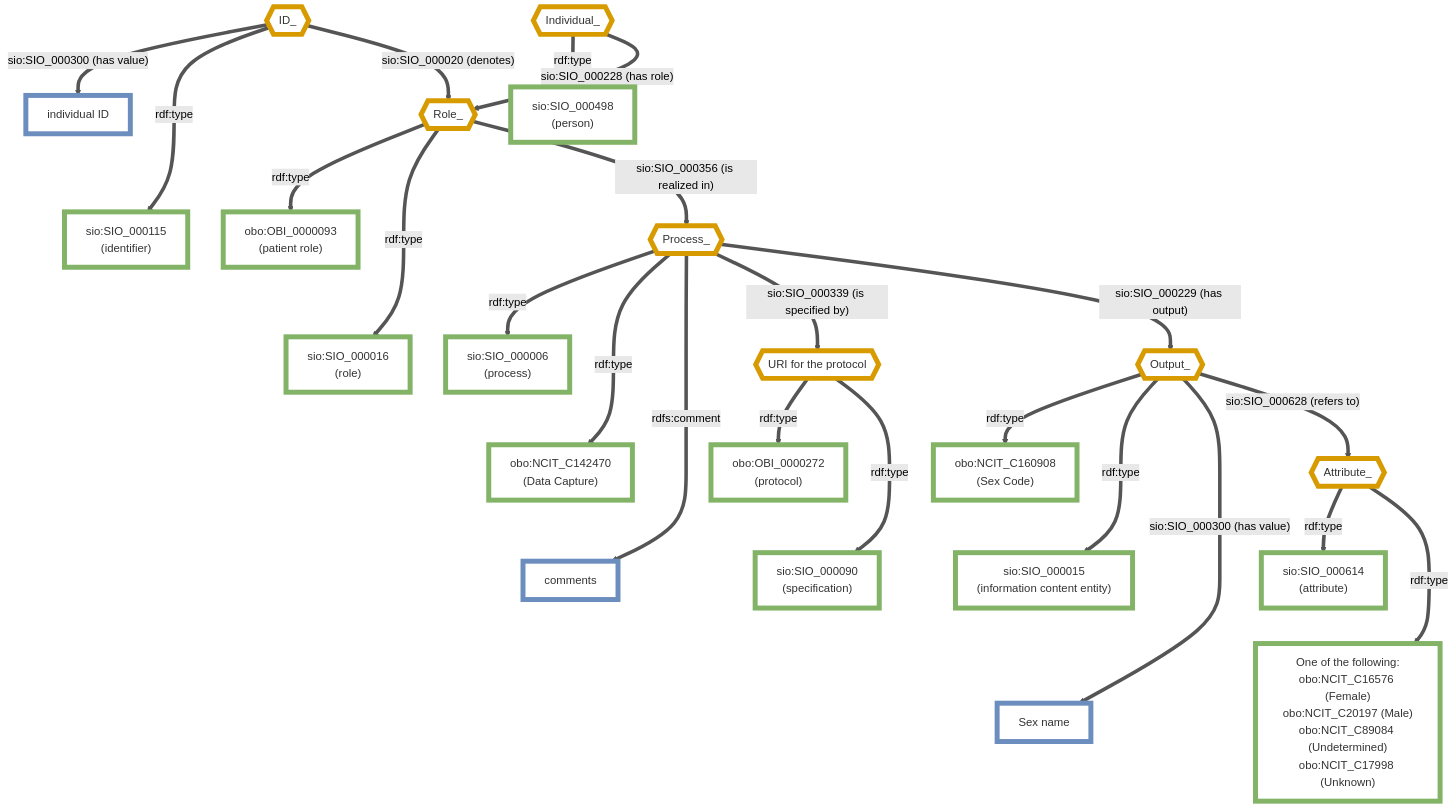
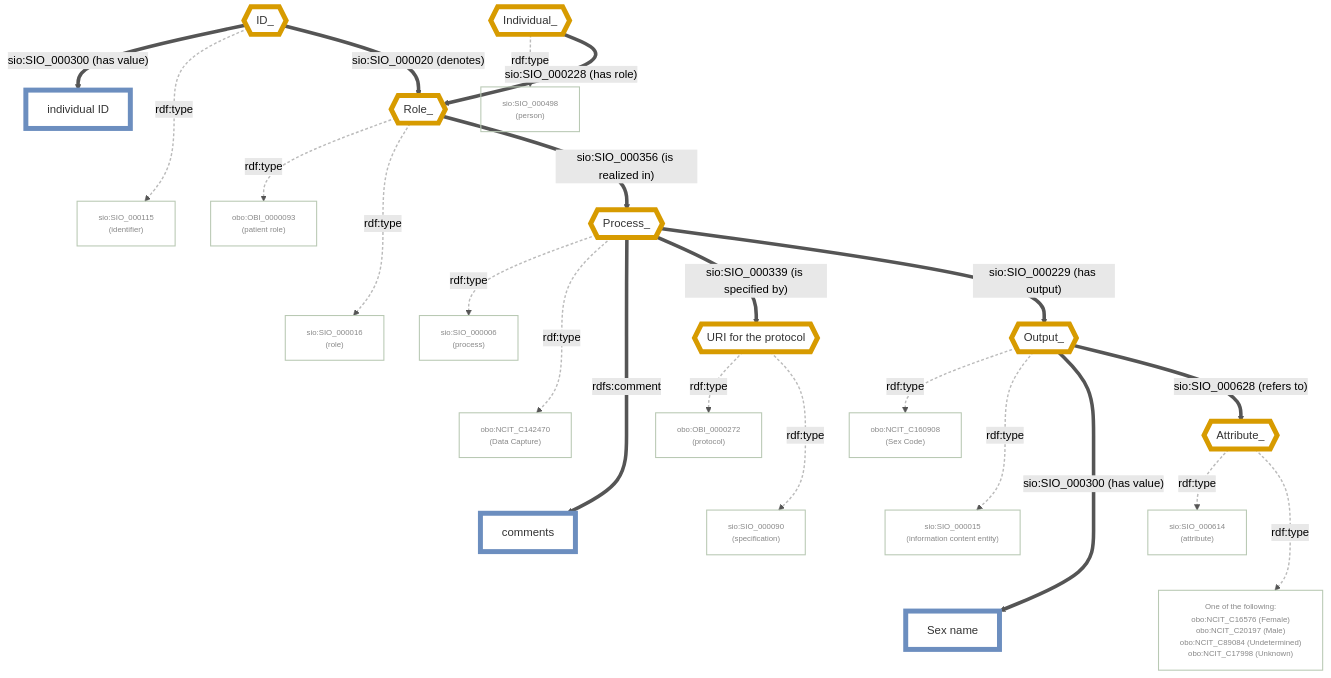
Before and after one commit to wilkinsonlab/CARE-Semantic-Model-Version-2: the diagram in CARE-SM-obo-Sex.md, drawn with Mermaid (forest theme). The commit also changed 21 other files, not shown here.

Commit message:
rdf:type is now transparent so it doesn't ingterfere with the rest of the diagram.  So much better!

````diff
--- a/CARE-SM-obo-Sex.md
+++ b/CARE-SM-obo-Sex.md
@@ -14,74 +14,76 @@
 ```mermaid
 flowchart TD
     classDef usedInstance fill:#ffffff,stroke:#d79b00,stroke-width:7px,color:#333
-    classDef classNode fill:#ffffff,stroke:#82b366,stroke-width:7px,color:#333
+    classDef classNode fill:transparent,stroke:#b9c9b4,stroke-width:1.5px,color:#888,font-size:11px
     classDef dataValue fill:#ffffff,stroke:#6c8ebf,stroke-width:7px,color:#333
     linkStyle default stroke:#555,stroke-width:5px
 
     %% Instances
     ID_{{ID_}}:::usedInstance
     Individual_{{Individual_}}:::usedInstance
     Role_{{Role_}}:::usedInstance
     Process_{{Process_}}:::usedInstance
     Output_{{Output_}}:::usedInstance
     Attribute_{{Attribute_}}:::usedInstance
     URIProtocol{{"URI for the protocol"}}:::usedInstance
 
     %% Classes
     SIO_000115["sio:SIO_000115<br/>(identifier)"]:::classNode
     SIO_000498["sio:SIO_000498<br/>(person)"]:::classNode
     OBI_0000093["obo:OBI_0000093<br/>(patient role)"]:::classNode
     SIO_000016["sio:SIO_000016<br/>(role)"]:::classNode
     SIO_000006["sio:SIO_000006<br/>(process)"]:::classNode
     NCIT_C142470["obo:NCIT_C142470<br/>(Data Capture)"]:::classNode
     OBI_0000272["obo:OBI_0000272<br/>(protocol)"]:::classNode
     SIO_000090["sio:SIO_000090<br/>(specification)"]:::classNode
     SIO_000015["sio:SIO_000015<br/>(information content entity)"]:::classNode
     NCIT_C160908["obo:NCIT_C160908<br/>(Sex Code)"]:::classNode
     SIO_000614["sio:SIO_000614<br/>(attribute)"]:::classNode
     SexOptions["One of the following:<br/>obo:NCIT_C16576 (Female)<br/>obo:NCIT_C20197 (Male)<br/>obo:NCIT_C89084 (Undetermined)<br/>obo:NCIT_C17998 (Unknown)"]:::classNode
 
     %% Data values
     IndividualID["individual ID"]:::dataValue
     Comments["comments"]:::dataValue
     SexName["Sex name"]:::dataValue
 
     %% Real edges (indices 0-20)
     ID_ -->|"sio:SIO_000300 (has value)"| IndividualID
     ID_ -->|"rdf:type"| SIO_000115
     ID_ -->|"sio:SIO_000020 (denotes)"| Role_
 
     Individual_ -->|"rdf:type"| SIO_000498
     Individual_ -->|"sio:SIO_000228 (has role)"| Role_
 
     Role_ -->|"rdf:type"| OBI_0000093
     Role_ -->|"rdf:type"| SIO_000016
     Role_ -->|"sio:SIO_000356 (is realized in)"| Process_
 
     Process_ -->|"rdf:type"| SIO_000006
     Process_ -->|"rdf:type"| NCIT_C142470
     Process_ -->|"rdfs:comment"| Comments
     Process_ -->|"sio:SIO_000339 (is specified by)"| URIProtocol
     Process_ -->|"sio:SIO_000229 (has output)"| Output_
 
     URIProtocol -->|"rdf:type"| OBI_0000272
     URIProtocol -->|"rdf:type"| SIO_000090
 
     Output_ -->|"rdf:type"| NCIT_C160908
     Output_ -->|"rdf:type"| SIO_000015
     Output_ -->|"sio:SIO_000300 (has value)"| SexName
     Output_ -->|"sio:SIO_000628 (refers to)"| Attribute_
 
     Attribute_ -->|"rdf:type"| SIO_000614
     Attribute_ -->|"rdf:type"| SexOptions
 
     %% Invisible layout-only chains (indices 21-28, hidden below) force siblings into one column
     IndividualID ~~~ SIO_000115
     OBI_0000093 ~~~ SIO_000016
     SIO_000006 ~~~ NCIT_C142470 ~~~ Comments
     OBI_0000272 ~~~ SIO_000090
     NCIT_C160908 ~~~ SIO_000015 ~~~ SexName
     SIO_000614 ~~~ SexOptions
 
+    %% rdf:type edges (indices 1,3,5,6,8,9,13,14,15,16,19,20) de-emphasized so the structural backbone stands out
+    linkStyle 1,3,5,6,8,9,13,14,15,16,19,20 stroke:#bbb,stroke-width:2px,stroke-dasharray:4 3
     linkStyle 21,22,23,24,25,26,27,28 stroke:none
 ```
````
